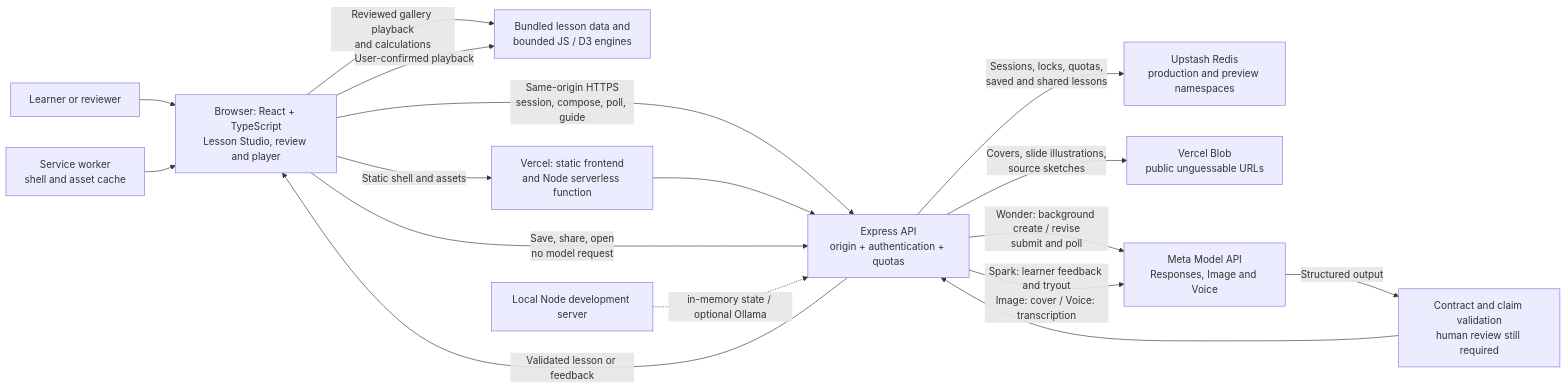
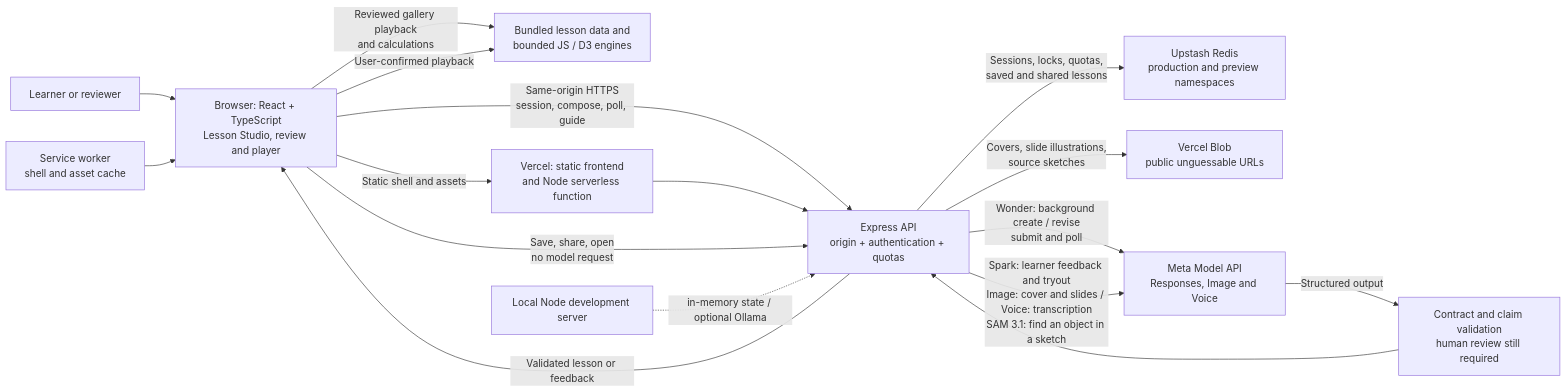
One commit to dorangao/explainbackapp changed the diagram in docs/architecture.md. Above: the diagram before and after it, drawn with Mermaid. The commit also changed other lines of this file and 23 other files, not shown here.

First line of the commit message:
fix: count sign-in failures per visitor and add SAM 3.1 sketch spotlight

````diff
--- a/docs/architecture.md
+++ b/docs/architecture.md
@@ -5,19 +5,19 @@
 ```mermaid
 flowchart LR
   Learner["Learner or reviewer"] --> Browser["Browser: React + TypeScript<br/>Lesson Studio, review and player"]
   Browser -->|"Reviewed gallery playback<br/>and calculations"| Engine["Bundled lesson data and<br/>bounded JS / D3 engines"]
   Browser -->|"Static shell and assets"| Vercel["Vercel: static frontend<br/>and Node serverless function"]
   SW["Service worker<br/>shell and asset cache"] --> Browser
   Browser -->|"Same-origin HTTPS<br/>session, compose, poll, guide"| API["Express API<br/>origin + authentication + quotas"]
   Vercel --> API
   API -->|"Sessions, locks, quotas,<br/>saved and shared lessons"| Redis["Upstash Redis<br/>production and preview namespaces"]
   API -->|"Covers, slide illustrations,<br/>source sketches"| Blob["Vercel Blob<br/>public unguessable URLs"]
   Browser -->|"Save, share, open<br/>no model request"| API
   API -->|"Wonder: background create / revise<br/>submit and poll"| Meta["Meta Model API<br/>Responses, Image and Voice"]
-  API -->|"Spark: learner feedback and tryout<br/>Image: cover / Voice: transcription"| Meta
+  API -->|"Spark: learner feedback and tryout<br/>Image: cover and slides / Voice: transcription<br/>SAM 3.1: find an object in a sketch"| Meta
   Meta -->|"Structured output"| Validate["Contract and claim validation<br/>human review still required"]
   Validate --> API
   API -->|"Validated lesson or feedback"| Browser
   Browser -->|"User-confirmed playback"| Engine
   Local["Local Node development server"] -.->|"in-memory state / optional Ollama"| API
 ```
````
